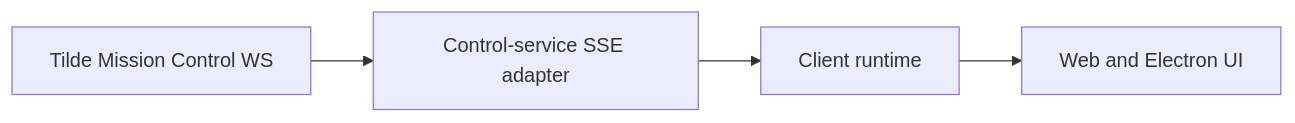
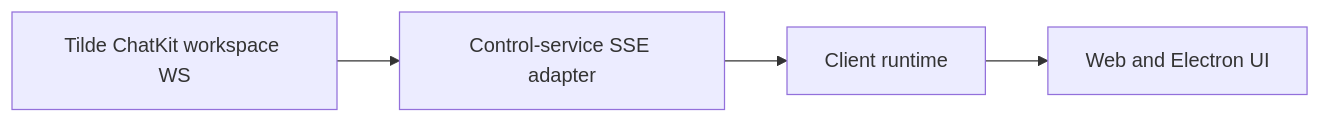
The diagram in docs/updates/69.md (trytilde/dispatch), drawn with Mermaid before and after one commit. The commit also changed other lines of this file and 51 other files, not shown here.

First line of the commit message:
feat(chat): adopt ChatKit realtime events (#101)

````diff
--- a/docs/updates/69.md
+++ b/docs/updates/69.md
@@ -9,6 +9,6 @@
 ```mermaid
 flowchart LR
-  T[Tilde Mission Control WS] --> C[Control-service SSE adapter]
+  T[Tilde ChatKit workspace WS] --> C[Control-service SSE adapter]
   C --> R[Client runtime]
   R --> U[Web and Electron UI]
 ```
````
